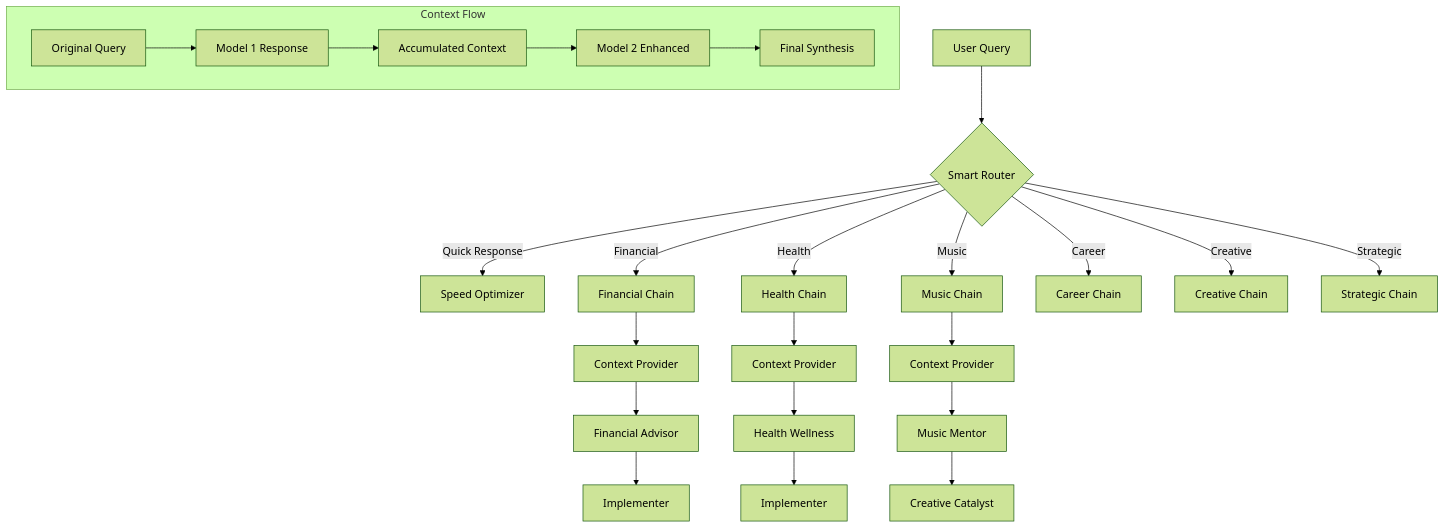
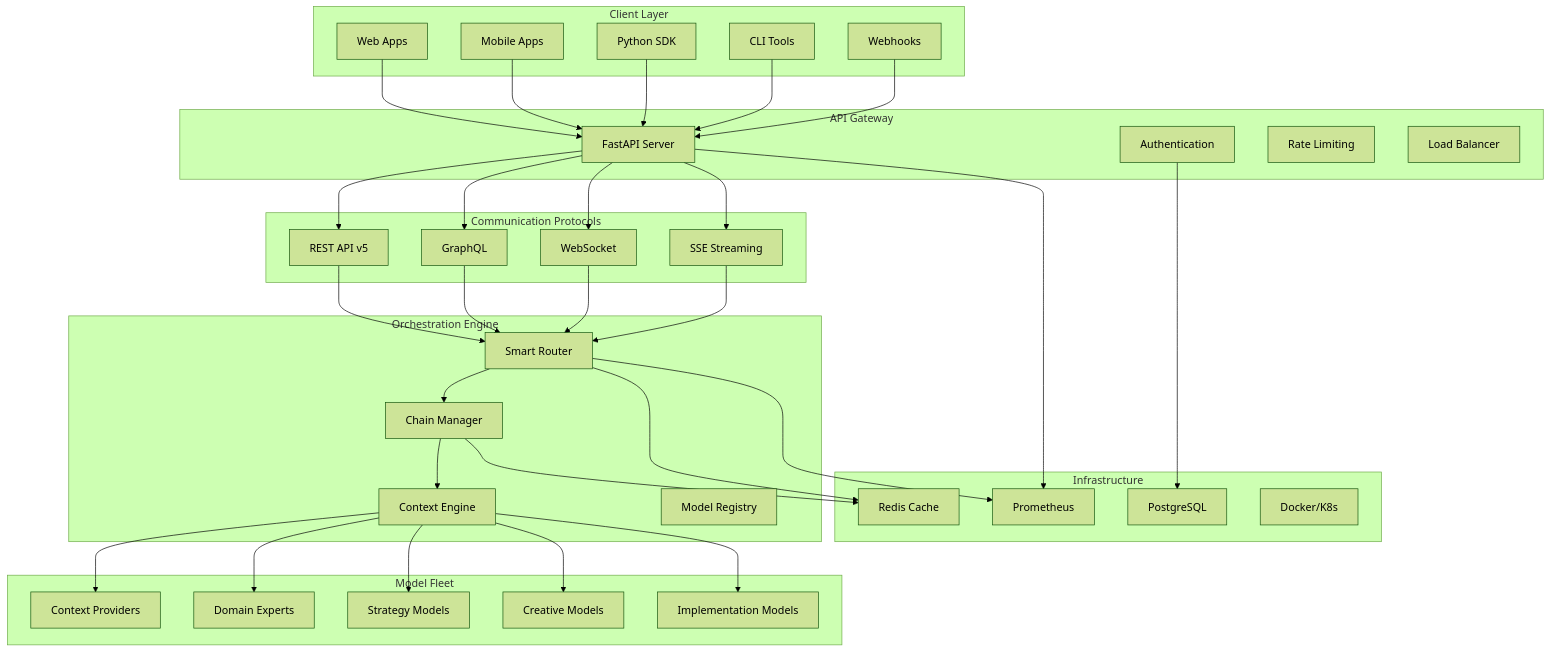
The first of 2 diagrams in README.md (guitargnar/mirador), drawn with Mermaid (forest theme) before and after one commit. The commit also changed other lines of this file and 2 other files, not shown here.

First line of the commit message:
docs: Update README and visuals for Mirador API v5 launch

````diff
--- a/README.md
+++ b/README.md
@@ -43,30 +78,55 @@
 ```mermaid
-graph TD
-    A[User Query] --> B{Smart Router}
-    B --> |Quick Response| C[Speed Optimizer]
-    B --> |Financial| D[Financial Chain]
-    B --> |Health| E[Health Chain]
-    B --> |Music| F[Music Chain]
-    B --> |Career| G[Career Chain]
-    B --> |Creative| H[Creative Chain]
-    B --> |Strategic| I[Strategic Chain]
+graph TB
+    subgraph "Client Layer"
+        A1[Web Apps] 
+        A2[Mobile Apps]
+        A3[Python SDK]
+        A4[CLI Tools]
+        A5[Webhooks]
+    end
     
-    D --> D1[Context Provider]
-    D1 --> D2[Financial Advisor]
-    D2 --> D3[Implementer]
+    subgraph "API Gateway"
+        B1[FastAPI Server]
+        B2[Authentication]
+        B3[Rate Limiting]
+        B4[Load Balancer]
+    end
     
-    E --> E1[Context Provider]
-    E1 --> E2[Health Wellness]
-    E2 --> E3[Implementer]
+    subgraph "Communication Protocols"
+        C1[REST API v5]
+        C2[GraphQL]
+        C3[WebSocket]
+        C4[SSE Streaming]
+    end
     
-    F --> F1[Context Provider]
-    F1 --> F2[Music Mentor]
-    F2 --> F3[Creative Catalyst]
+    subgraph "Orchestration Engine"
+        D1[Smart Router]
+        D2[Chain Manager]
+        D3[Context Engine]
+        D4[Model Registry]
+    end
     
-    subgraph "Context Flow"
-        J[Original Query] --> K[Model 1 Response]
-        K --> L[Accumulated Context]
-        L --> M[Model 2 Enhanced]
-        M --> N[Final Synthesis]
+    subgraph "Model Fleet"
+        E1[Context Providers]
+        E2[Domain Experts]
+        E3[Strategy Models]
+        E4[Creative Models]
+        E5[Implementation Models]
     end
+    
+    subgraph "Infrastructure"
+        F1[Redis Cache]
+        F2[PostgreSQL]
+        F3[Prometheus]
+        F4[Docker/K8s]
+    end
+    
+    A1 & A2 & A3 & A4 & A5 --> B1
+    B1 --> C1 & C2 & C3 & C4
+    C1 & C2 & C3 & C4 --> D1
+    D1 --> D2 --> D3
+    D3 --> E1 & E2 & E3 & E4 & E5
+    D1 & D2 --> F1
+    B2 --> F2
+    B1 & D1 --> F3
 ```
````
